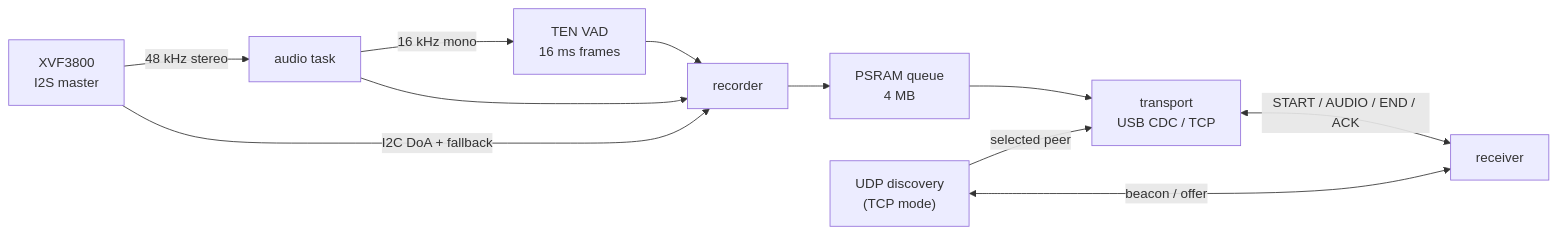
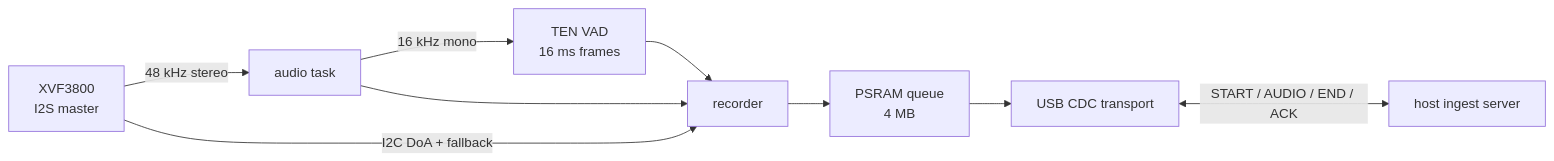
Before and after one commit to RakiDelmoro/conversation-recorder: the diagram in README.md, drawn with Mermaid. The commit also changed other lines of this file and 10 other files, not shown here.

First line of the commit message:
refactor: remove Wi-Fi/TCP transport and simplify USB receiver

````diff
--- a/README.md
+++ b/README.md
@@ -22,13 +13,11 @@
 ```mermaid
 flowchart LR
   X["XVF3800<br/>I2S master"] -->|"48 kHz stereo"| A["audio task"]
   A -->|"16 kHz mono"| V["TEN VAD<br/>16 ms frames"]
   V --> R["recorder"]
   A --> R
   R --> Q["PSRAM queue<br/>4 MB"]
-  Q --> U["transport<br/>USB CDC / TCP"]
-  U <-->|"START / AUDIO / END / ACK"| H["receiver"]
-  D["UDP discovery<br/>(TCP mode)"] <-->|"beacon / offer"| H
-  D -->|"selected peer"| U
+  Q --> U["USB CDC transport"]
+  U <-->|"START / AUDIO / END / ACK"| H["host ingest server"]
   X -->|"I2C DoA + fallback"| R
 ```
````
